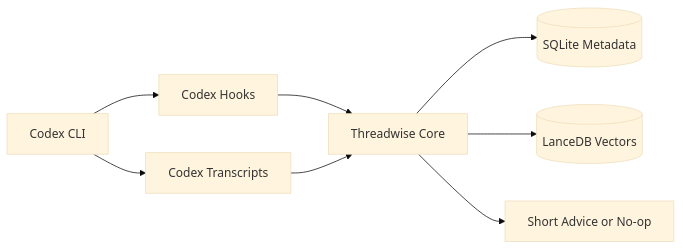
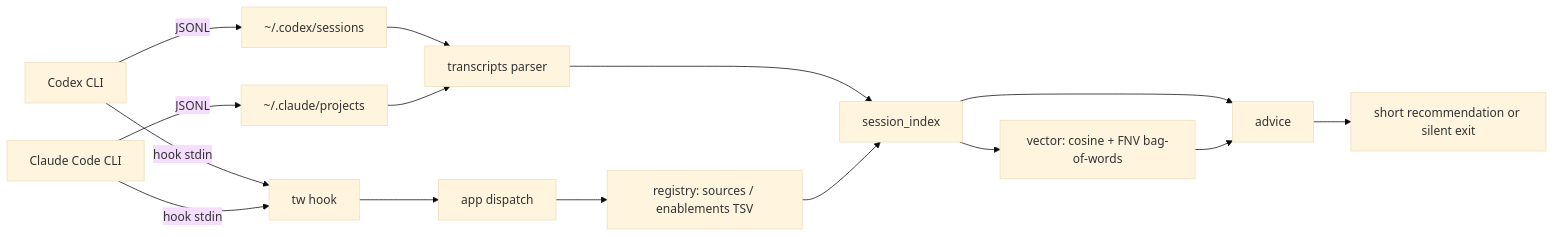
The second of 2 diagrams in docs/architecture.md (amir-h-rassafi/threadwise), drawn with Mermaid (base theme) before and after one commit. The commit also changed other lines of this file and 1 other file, not shown here.

First line of the commit message:
Refresh README and architecture for Claude Code + current modules

````diff
--- a/docs/architecture.md
+++ b/docs/architecture.md
@@ -139,10 +139,20 @@
 ```mermaid
 flowchart LR
-    Codex[Codex CLI] --> Hooks[Codex Hooks]
-    Codex --> Logs[Codex Transcripts]
-    Hooks --> Core[Threadwise Core]
-    Logs --> Core
-    Core --> SQLite[(SQLite Metadata)]
-    Core --> LanceDB[(LanceDB Vectors)]
-    Core --> Output[Short Advice or No-op]
+    Codex[Codex CLI] -->|hook stdin| Hook[tw hook]
+    Claude[Claude Code CLI] -->|hook stdin| Hook
+    Codex -->|JSONL| CodexLogs[~/.codex/sessions]
+    Claude -->|JSONL| ClaudeLogs[~/.claude/projects]
+
+    Hook --> App[app dispatch]
+    CodexLogs --> Transcripts[transcripts parser]
+    ClaudeLogs --> Transcripts
+
+    App --> Registry[registry: sources / enablements TSV]
+    Transcripts --> Index[session_index]
+    Registry --> Index
+
+    Index --> Vector[vector: cosine + FNV bag-of-words]
+    Index --> Advice[advice]
+    Vector --> Advice
+    Advice --> Out[short recommendation or silent exit]
 ```
````
